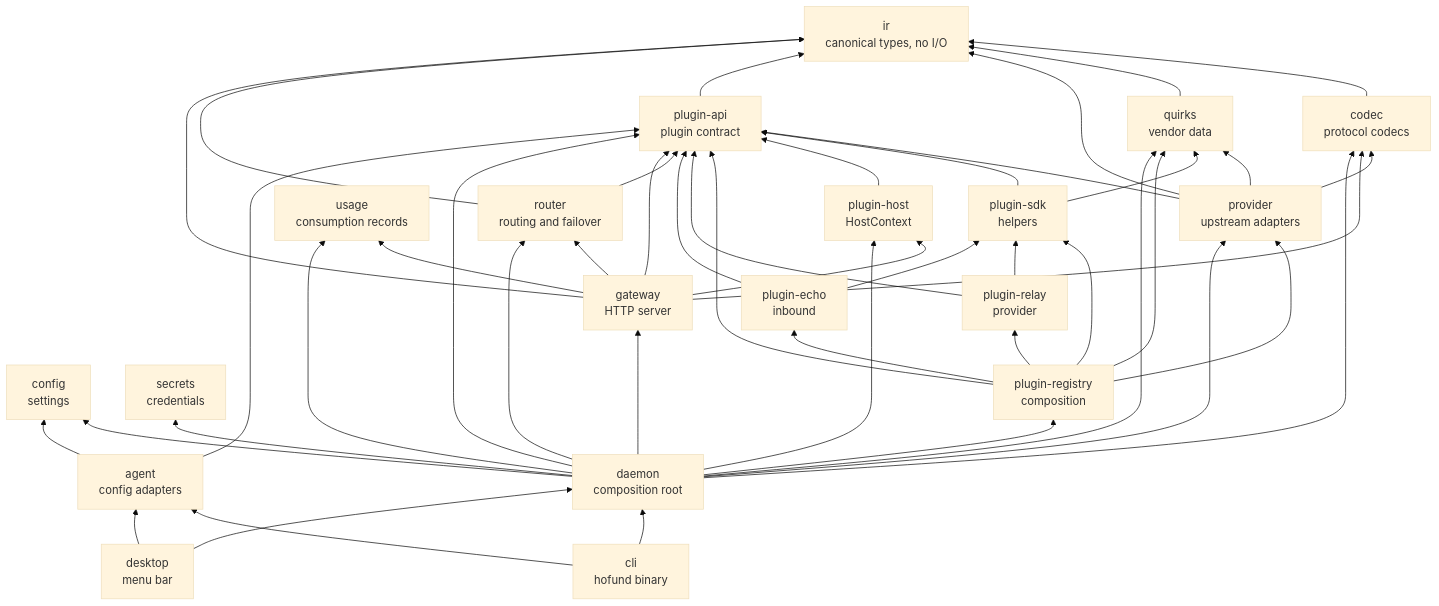
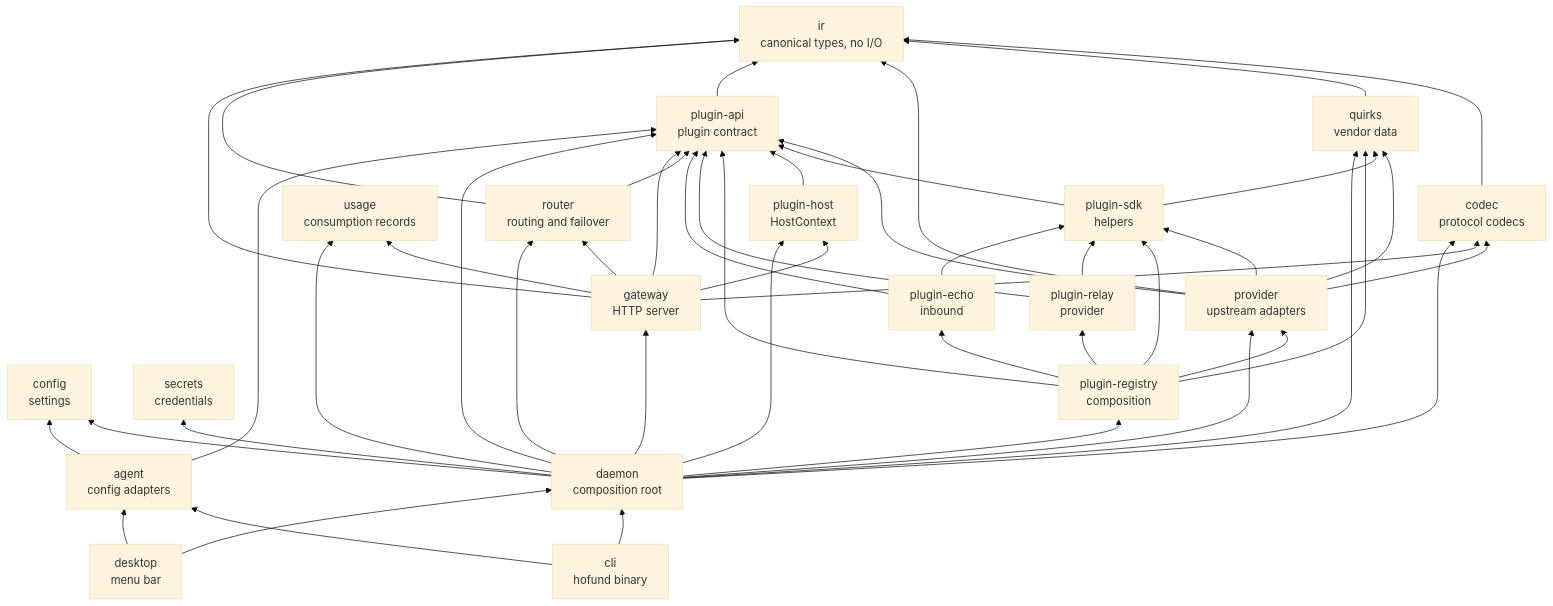
One commit to logibricks-io/open-heimdall-hofund changed the diagram in docs/architecture.md. Above: the diagram before and after it, drawn with Mermaid (base theme). The commit also changed other lines of this file and 23 other files, not shown here.

````diff
--- a/docs/architecture.md
+++ b/docs/architecture.md
@@ -37,68 +37,69 @@
 ```mermaid
 flowchart BT
   ir["ir<br/>canonical types, no I/O"]
   codec["codec<br/>protocol codecs"]
   quirks["quirks<br/>vendor data"]
   provider["provider<br/>upstream adapters"]
   router["router<br/>routing and failover"]
   config["config<br/>settings"]
   secrets["secrets<br/>credentials"]
   usage["usage<br/>consumption records"]
   agent["agent<br/>config adapters"]
   pluginApi["plugin-api<br/>plugin contract"]
   pluginSdk["plugin-sdk<br/>helpers"]
   pluginHost["plugin-host<br/>HostContext"]
   pluginRegistry["plugin-registry<br/>composition"]
   pluginRelay["plugin-relay<br/>provider"]
   pluginEcho["plugin-echo<br/>inbound"]
   gateway["gateway<br/>HTTP server"]
   daemon["daemon<br/>composition root"]
   cli["cli<br/>hofund binary"]
   desktop["desktop<br/>menu bar"]
 
   codec --> ir
   quirks --> ir
   provider --> codec
   provider --> ir
   provider --> quirks
   provider --> pluginApi
+  provider --> pluginSdk
   pluginApi --> ir
   pluginSdk --> pluginApi
   pluginSdk --> quirks
   pluginHost --> pluginApi
   pluginRegistry --> pluginApi
   pluginRegistry --> pluginSdk
   pluginRegistry --> pluginRelay
   pluginRegistry --> pluginEcho
   pluginRegistry --> provider
   pluginRegistry --> quirks
   pluginRelay --> pluginApi
   pluginRelay --> pluginSdk
   pluginEcho --> pluginApi
   pluginEcho --> pluginSdk
   router --> pluginApi
   router --> ir
   gateway --> router
   gateway --> codec
   gateway --> ir
   gateway --> usage
   gateway --> pluginApi
   gateway --> pluginHost
   daemon --> gateway
   daemon --> config
   daemon --> secrets
   daemon --> provider
   daemon --> codec
   daemon --> quirks
   daemon --> router
   daemon --> pluginApi
   daemon --> pluginHost
   daemon --> pluginRegistry
   daemon --> usage
   agent --> config
   agent --> pluginApi
   cli --> daemon
   cli --> agent
   desktop --> daemon
   desktop --> agent
 ```
````
